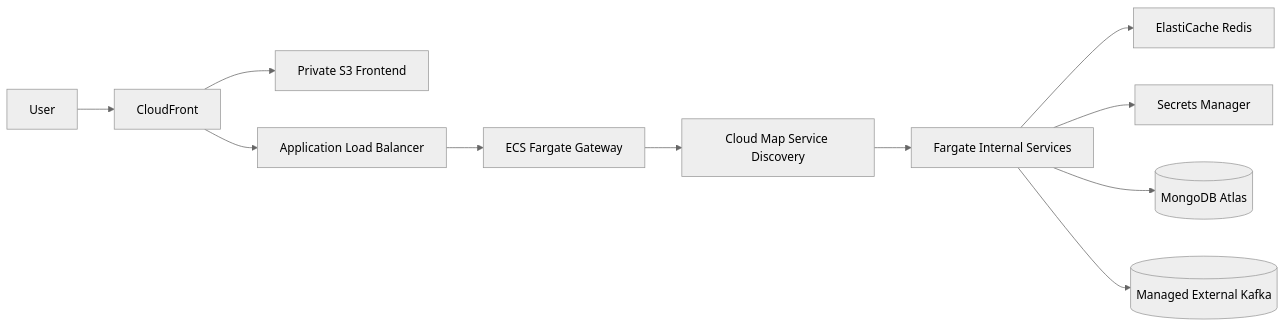
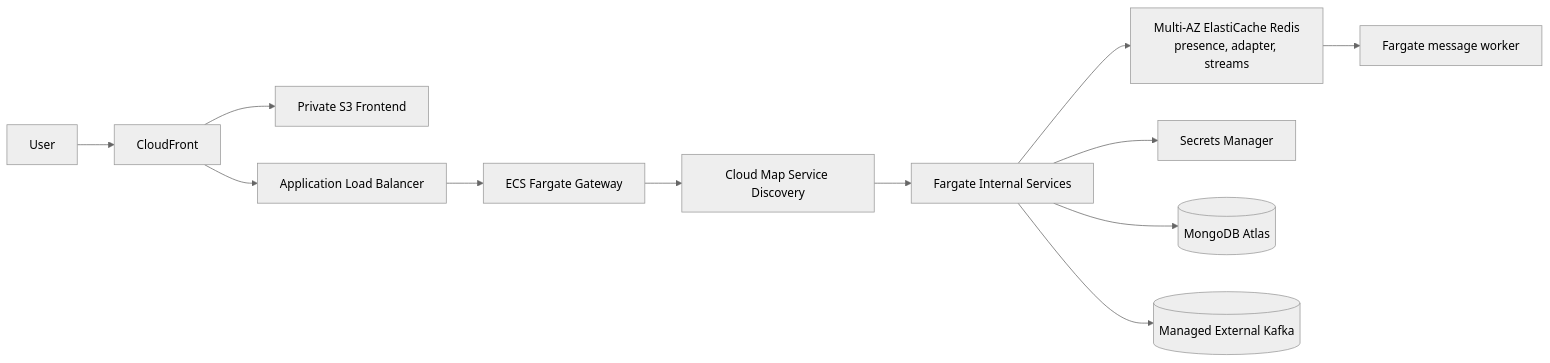
Before and after one commit to Akshanshkaushal/ComConnect: the ninth of 9 diagrams in docs/architecture-guide.md, drawn with Mermaid (neutral theme). The commit also changed other lines of this file and 34 other files, not shown here.

Commit message:
microsrvices architecture

````diff
--- a/docs/architecture-guide.md
+++ b/docs/architecture-guide.md
@@ -351,13 +402,14 @@
 ```mermaid
 flowchart LR
   User --> CF["CloudFront"]
   CF --> S3["Private S3 Frontend"]
   CF --> ALB["Application Load Balancer"]
   ALB --> ECS["ECS Fargate Gateway"]
   ECS --> CloudMap["Cloud Map Service Discovery"]
   CloudMap --> Services["Fargate Internal Services"]
-  Services --> Redis["ElastiCache Redis"]
+  Services --> Redis["Multi-AZ ElastiCache Redis<br/>presence, adapter, streams"]
+  Redis --> MW["Fargate message worker"]
   Services --> Secrets["Secrets Manager"]
   Services --> Atlas[("MongoDB Atlas")]
   Services --> Kafka[("Managed External Kafka")]
 ```
````
